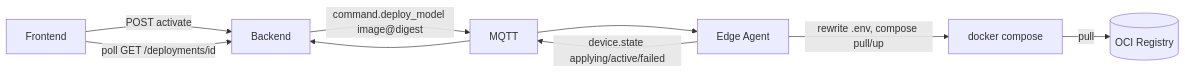
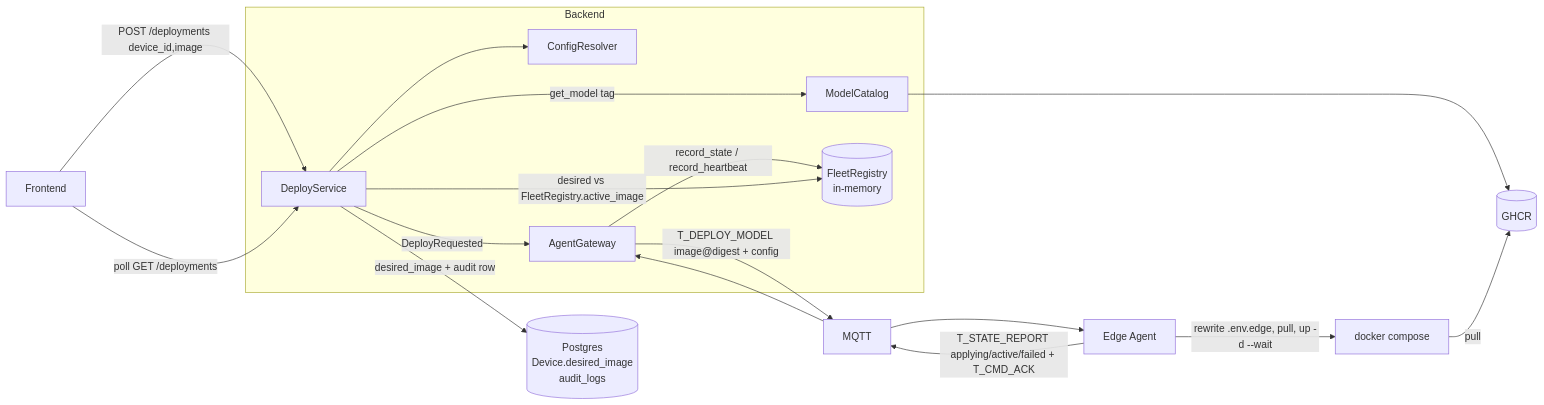
One commit to HipSayu/ai-edge-ops changed the first of 3 diagrams in docs/flows/edge-server/deploy-model.md. Above: the diagram before and after it, drawn with Mermaid. The commit also changed other lines of this file and 7 other files, not shown here.

First line of the commit message:
docs(flows): redraw deploy-model; refresh heartbeat / device-offline / command-ack

````diff
--- a/docs/flows/edge-server/deploy-model.md
+++ b/docs/flows/edge-server/deploy-model.md
@@ -41,16 +48,28 @@
 ```mermaid
 flowchart LR
-    Frontend[Frontend]
-    Backend[Backend]
-    MQTT[MQTT]
-    Edge[Edge Agent]
-    Registry[(OCI Registry)]
-    Compose[docker compose]
+    FE[Frontend]
+    subgraph SRV[Backend]
+        DSV[DeployService]
+        CR[ConfigResolver]
+        MC[ModelCatalog]
+        GW[AgentGateway]
+        FR[(FleetRegistry<br/>in-memory)]
+    end
+    PG[(Postgres<br/>Device.desired_image<br/>audit_logs)]
+    GHCR[(GHCR)]
+    MQ[MQTT]
+    EA[Edge Agent]
+    CP[docker compose]
 
-    Frontend -->|POST activate| Backend
-    Backend -->|command.deploy_model image@digest| MQTT --> Edge
-    Edge -->|rewrite .env, compose pull/up| Compose
-    Compose -->|pull| Registry
-    Edge -->|device.state applying/active/failed| MQTT --> Backend
-    Frontend -->|poll GET /deployments/id| Backend
+    FE -->|POST /deployments device_id,image| DSV
+    DSV -->|get_model tag| MC --> GHCR
+    DSV --> CR
+    DSV -->|desired_image + audit row| PG
+    DSV -->|DeployRequested| GW
+    GW -->|T_DEPLOY_MODEL image@digest + config| MQ --> EA
+    EA -->|rewrite .env.edge, pull, up -d --wait| CP -->|pull| GHCR
+    EA -->|T_STATE_REPORT applying/active/failed + T_CMD_ACK| MQ --> GW
+    GW -->|record_state / record_heartbeat| FR
+    FE -->|poll GET /deployments| DSV
+    DSV -->|desired vs FleetRegistry.active_image| FR
 ```
````
